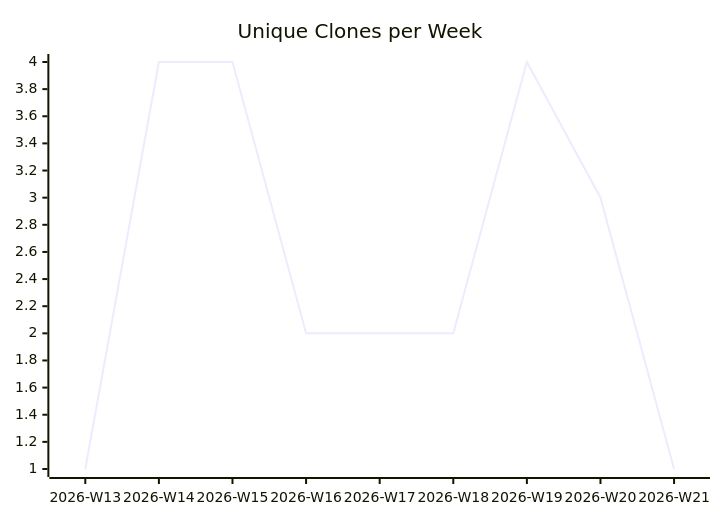
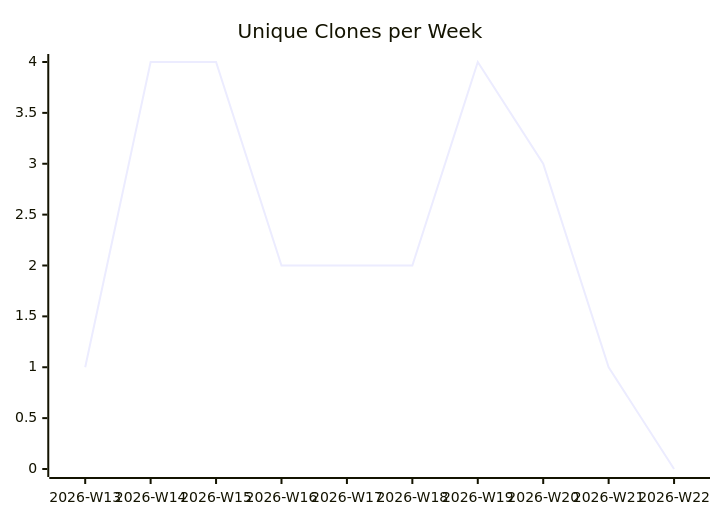
The third of 3 diagrams in karlmdavis/justdavis-puppet/README.md (justdavis-family/github-analytics-data), drawn with Mermaid before and after one commit. The commit also changed other lines of this file and 190 other files, not shown here.

````diff
--- a/karlmdavis/justdavis-puppet/README.md
+++ b/karlmdavis/justdavis-puppet/README.md
@@ -19,6 +19,6 @@
 ```mermaid
 xychart-beta
   title "Unique Clones per Week"
-  x-axis ["2026-W13", "2026-W14", "2026-W15", "2026-W16", "2026-W17", "2026-W18", "2026-W19", "2026-W20", "2026-W21"]
-  line [1, 4, 4, 2, 2, 2, 4, 3, 1]
+  x-axis ["2026-W13", "2026-W14", "2026-W15", "2026-W16", "2026-W17", "2026-W18", "2026-W19", "2026-W20", "2026-W21", "2026-W22"]
+  line [1, 4, 4, 2, 2, 2, 4, 3, 1, 0]
 ```
````
